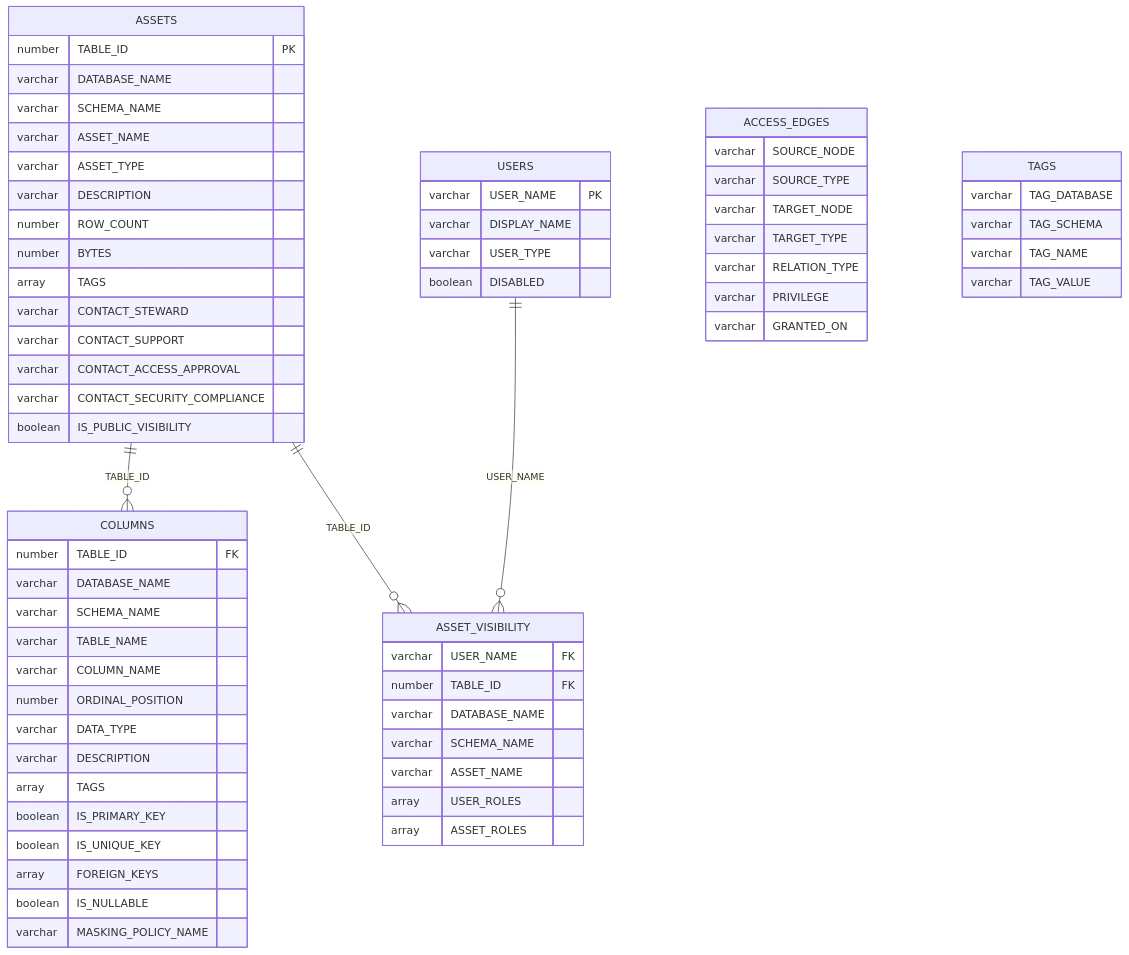
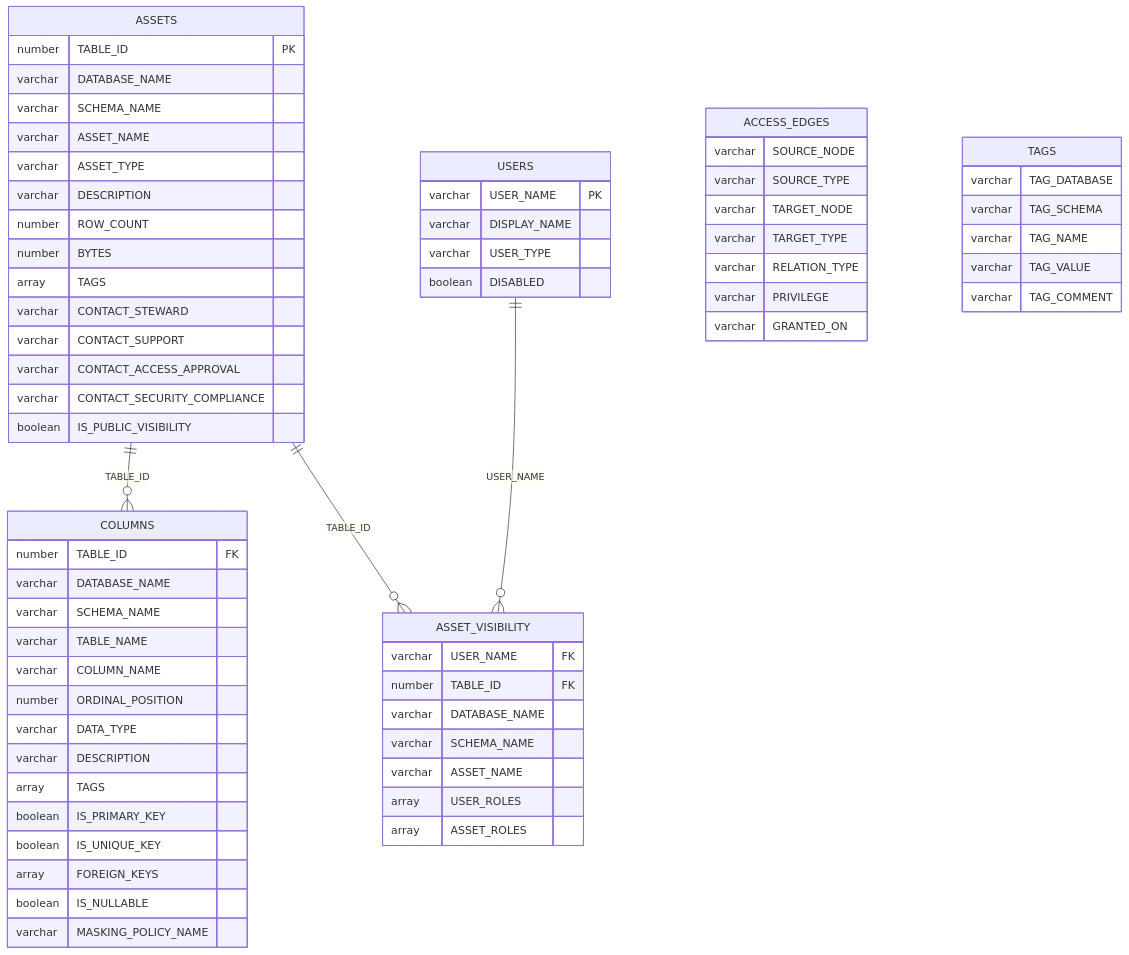
One commit to goodbyegangster/datacatalog-in-snowflake changed the diagram in docs/design-model.md. Above: the diagram before and after it, drawn with Mermaid. The commit also changed other lines of this file and 15 other files, not shown here.

````diff
--- a/docs/design-model.md
+++ b/docs/design-model.md
@@ -7,69 +7,70 @@
 ```mermaid
 erDiagram
     ASSETS {
         number TABLE_ID PK
         varchar DATABASE_NAME
         varchar SCHEMA_NAME
         varchar ASSET_NAME
         varchar ASSET_TYPE
         varchar DESCRIPTION
         number ROW_COUNT
         number BYTES
         array TAGS
         varchar CONTACT_STEWARD
         varchar CONTACT_SUPPORT
         varchar CONTACT_ACCESS_APPROVAL
         varchar CONTACT_SECURITY_COMPLIANCE
         boolean IS_PUBLIC_VISIBILITY
     }
     COLUMNS {
         number TABLE_ID FK
         varchar DATABASE_NAME
         varchar SCHEMA_NAME
         varchar TABLE_NAME
         varchar COLUMN_NAME
         number ORDINAL_POSITION
         varchar DATA_TYPE
         varchar DESCRIPTION
         array TAGS
         boolean IS_PRIMARY_KEY
         boolean IS_UNIQUE_KEY
         array FOREIGN_KEYS
         boolean IS_NULLABLE
         varchar MASKING_POLICY_NAME
     }
     USERS {
         varchar USER_NAME PK
         varchar DISPLAY_NAME
         varchar USER_TYPE
         boolean DISABLED
     }
     ASSET_VISIBILITY {
         varchar USER_NAME FK
         number TABLE_ID FK
         varchar DATABASE_NAME
         varchar SCHEMA_NAME
         varchar ASSET_NAME
         array USER_ROLES
         array ASSET_ROLES
     }
     ACCESS_EDGES {
         varchar SOURCE_NODE
         varchar SOURCE_TYPE
         varchar TARGET_NODE
         varchar TARGET_TYPE
         varchar RELATION_TYPE
         varchar PRIVILEGE
         varchar GRANTED_ON
     }
     TAGS {
         varchar TAG_DATABASE
         varchar TAG_SCHEMA
         varchar TAG_NAME
         varchar TAG_VALUE
+        varchar TAG_COMMENT
     }
 
     ASSETS ||--o{ COLUMNS : "TABLE_ID"
     ASSETS ||--o{ ASSET_VISIBILITY : "TABLE_ID"
     USERS  ||--o{ ASSET_VISIBILITY : "USER_NAME"
 ```
````
